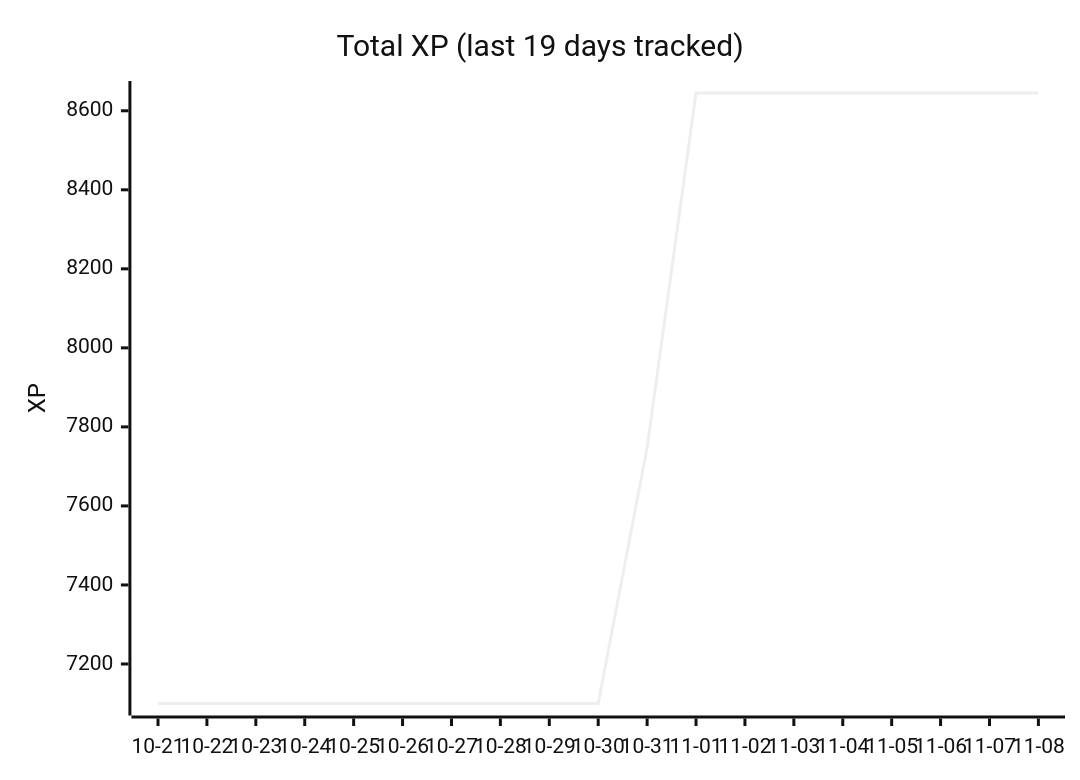
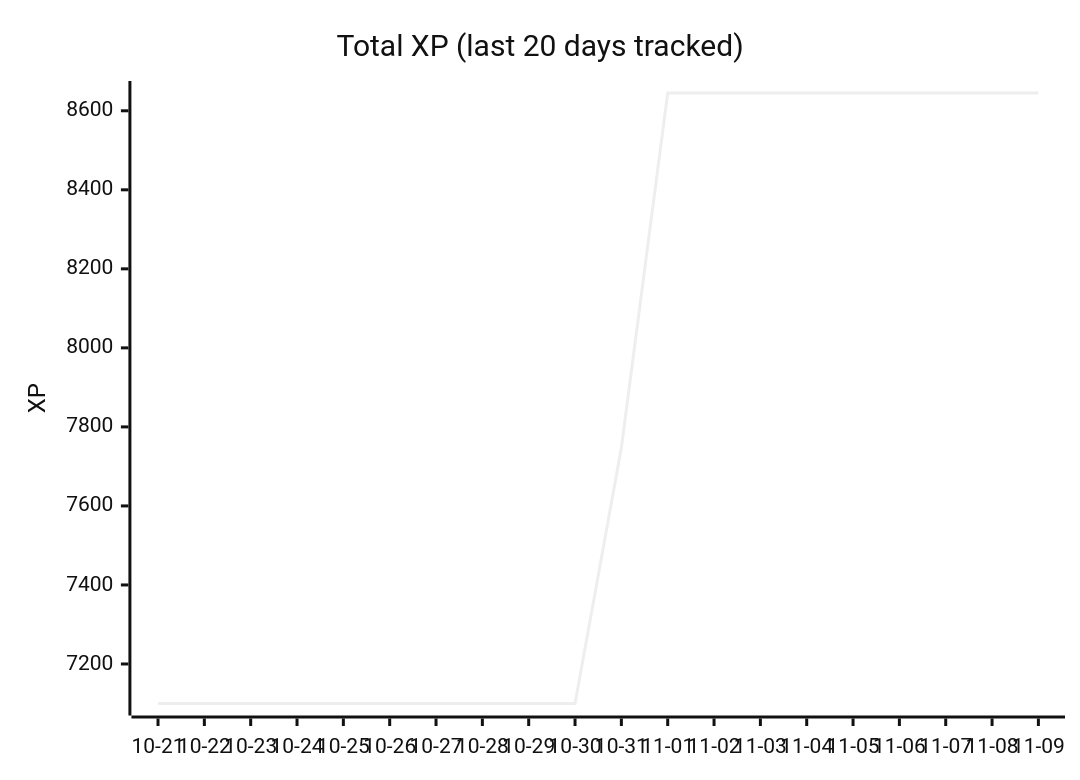
One commit to ASR222/bootdev-progress changed the diagram in README.md. Above: the diagram before and after it, drawn with Mermaid (neutral theme). The commit also changed other lines of this file and 1 other file, not shown here.

Commit message:
Boot.dev progress: 2026-11-08

````diff
--- a/README.md
+++ b/README.md
@@ -14,7 +14,7 @@
 ```mermaid
 xychart-beta
-    title "Total XP (last 19 days tracked)"
-    x-axis ["10-21", "10-22", "10-23", "10-24", "10-25", "10-26", "10-27", "10-28", "10-29", "10-30", "10-31", "11-01", "11-02", "11-03", "11-04", "11-05", "11-06", "11-07", "11-08"]
+    title "Total XP (last 20 days tracked)"
+    x-axis ["10-21", "10-22", "10-23", "10-24", "10-25", "10-26", "10-27", "10-28", "10-29", "10-30", "10-31", "11-01", "11-02", "11-03", "11-04", "11-05", "11-06", "11-07", "11-08", "11-09"]
     y-axis "XP"
-    line [7100, 7100, 7100, 7100, 7100, 7100, 7100, 7100, 7100, 7100, 7747, 8645, 8645, 8645, 8645, 8645, 8645, 8645, 8645]
+    line [7100, 7100, 7100, 7100, 7100, 7100, 7100, 7100, 7100, 7100, 7747, 8645, 8645, 8645, 8645, 8645, 8645, 8645, 8645, 8645]
 ```
````
